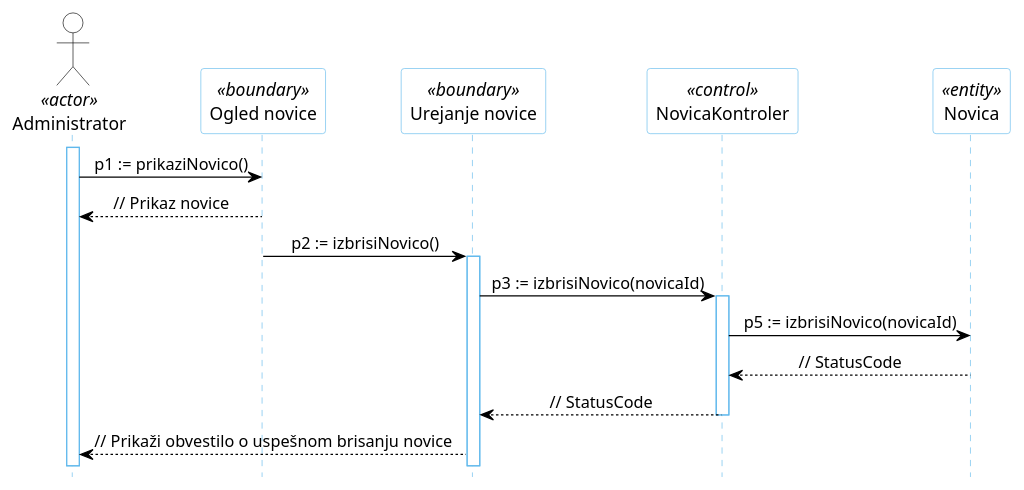
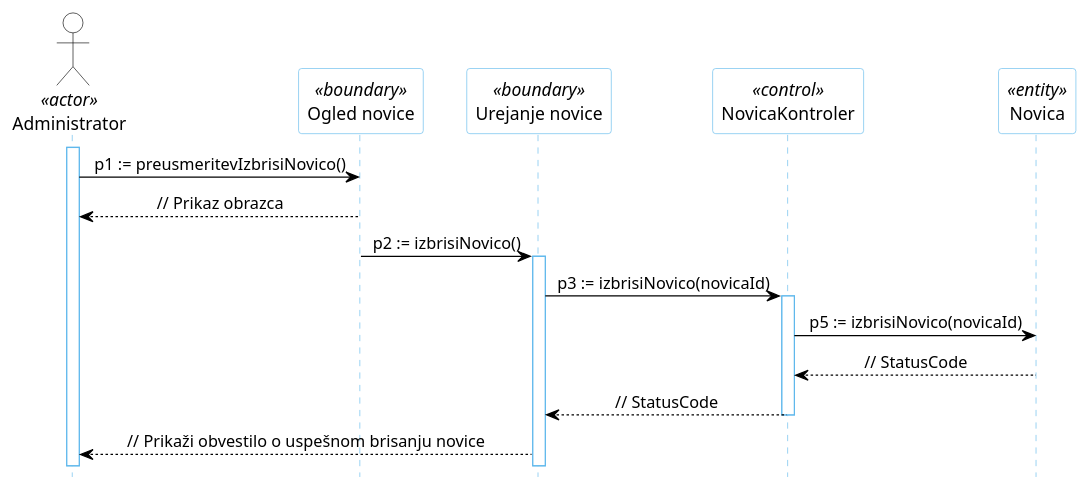
One commit to kupinah/test-tpo changed the diagram in docs/gradivo/plantuml/DZ/09b.puml. Above: the diagram before and after it, drawn with PlantUML. The commit also changed 21 other files, not shown here.

```diff
--- a/docs/gradivo/plantuml/DZ/09b.puml
+++ b/docs/gradivo/plantuml/DZ/09b.puml
@@ -1,32 +1,32 @@
 @startuml
 hide footbox
 
 skinparam backgroundcolor transparent
 skinparam defaultTextAlignment center
 skinparam actorBorderColor black
 skinparam actorBackgroundColor white
 skinparam arrowColor black
 skinparam sequenceLifeLineBorderColor #5FB8EC
 skinparam sequenceParticipantBorderColor #5FB8EC
 skinparam sequenceParticipantBackgroundColor white
 
 actor "Administrator" AS U1 <<actor>>
 
 participant "Ogled novice" as R6 <<boundary>>
 participant "Urejanje novice" as R5 <<boundary>>
 participant "NovicaKontroler" as R2 <<control>>
 participant "Novica" as R4 <<entity>>
 
 activate U1
-U1 -> R6: p1 := prikaziNovico()
-R6 --> U1: // Prikaz novice
+U1 -> R6: p1 := preusmeritevIzbrisiNovico()
+R6 --> U1: // Prikaz obrazca
 R6 -> R5: p2 := izbrisiNovico()
 activate R5
 R5 -> R2: p3 := izbrisiNovico(novicaId)
 activate R2
 R2 -> R4: p5 := izbrisiNovico(novicaId)
 R4 --> R2: // StatusCode
 R2 --> R5: // StatusCode
 deactivate R2
 R5 --> U1: // Prikaži obvestilo o uspešnom brisanju novice
 @enduml
```
